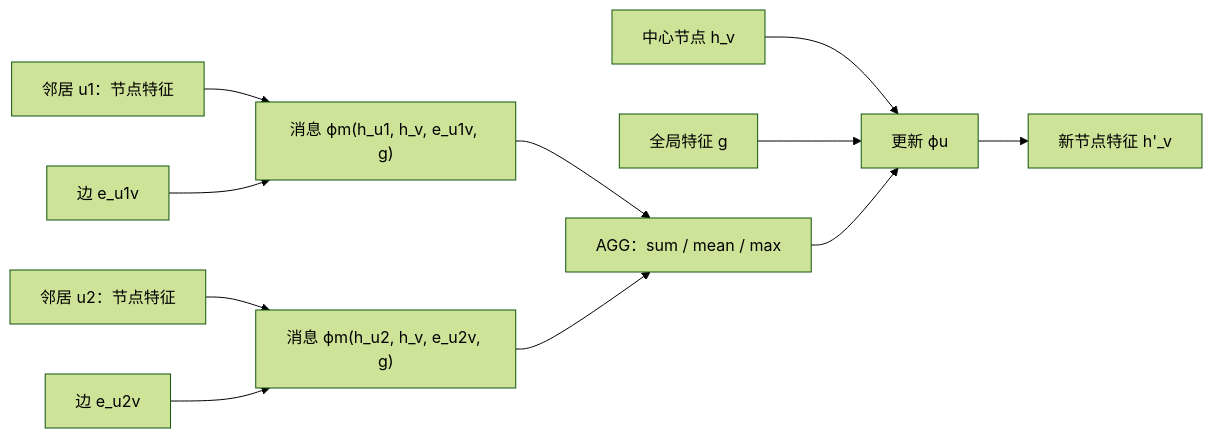
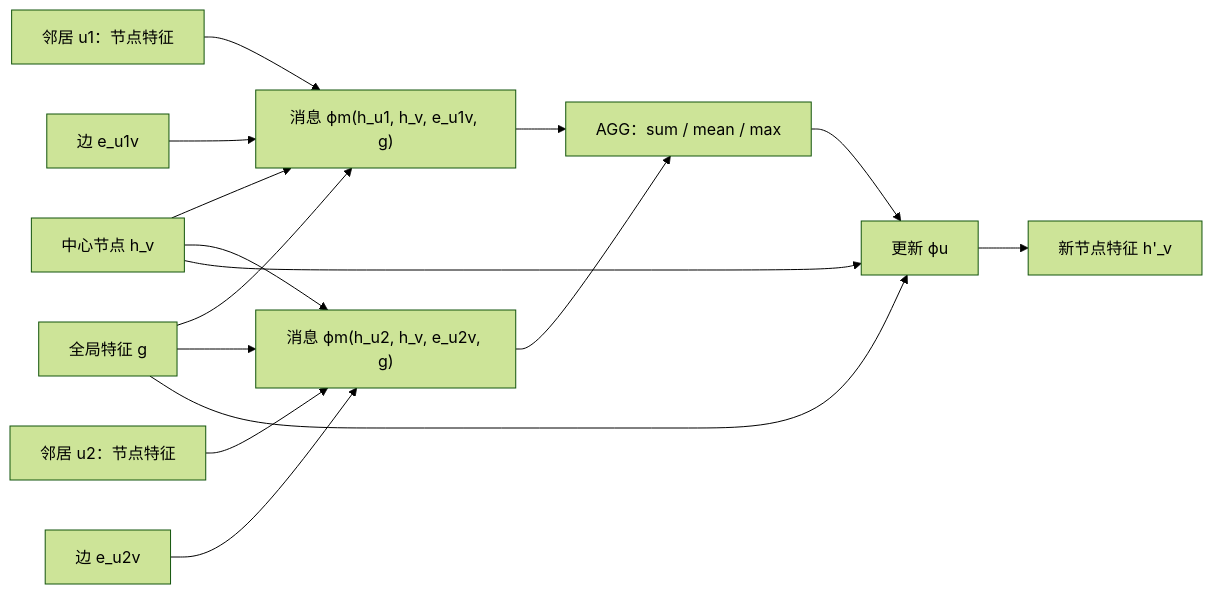
Before and after one commit to Yaoyaolingbro/hello-dl: the diagram in docs/02-deep-learning/04-components/graph-message-passing.md, drawn with Mermaid (forest theme). The commit also changed other lines of this file and 3 other files, not shown here.

````diff
--- a/docs/02-deep-learning/04-components/graph-message-passing.md
+++ b/docs/02-deep-learning/04-components/graph-message-passing.md
@@ -33,12 +33,16 @@
 ```mermaid
 flowchart LR
     u1["邻居 u1：节点特征"] --> m1["消息 ϕm(h_u1, h_v, e_u1v, g)"]
     e1["边 e_u1v"] --> m1
     u2["邻居 u2：节点特征"] --> m2["消息 ϕm(h_u2, h_v, e_u2v, g)"]
     e2["边 e_u2v"] --> m2
+    v["中心节点 h_v"] --> m1
+    v --> m2
+    g["全局特征 g"] --> m1
+    g --> m2
     m1 --> agg["AGG：sum / mean / max"]
     m2 --> agg
-    v["中心节点 h_v"] --> update["更新 ϕu"]
-    g["全局特征 g"] --> update
+    v --> update["更新 ϕu"]
+    g --> update
     agg --> update --> next["新节点特征 h'_v"]
 ```
````
